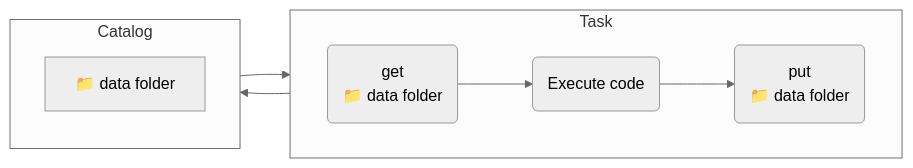
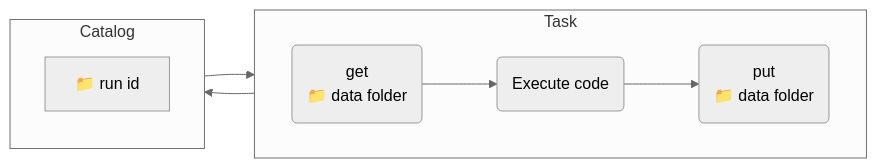
One commit to AstraZeneca/runnable changed the diagram in docs/example/dataflow.md. Above: the diagram before and after it, drawn with Mermaid (neutral theme). The commit also changed other lines of this file and 26 other files, not shown here.

````diff
--- a/docs/example/dataflow.md
+++ b/docs/example/dataflow.md
@@ -139,20 +139,20 @@
 ```mermaid
 flowchart LR
     subgraph Task
         direction LR
         get("get
         &#x1F4C1 data folder")
         exe(Execute code)
         put("put
         &#x1F4C1 data folder")
     end
 
     subgraph Catalog
     direction BT
-        Data[&#x1F4C1 data folder]
+        Data[&#x1F4C1 run id]
     end
 Data --> get
 put --> Data
 get --> exe
 exe --> put
 ```
````
